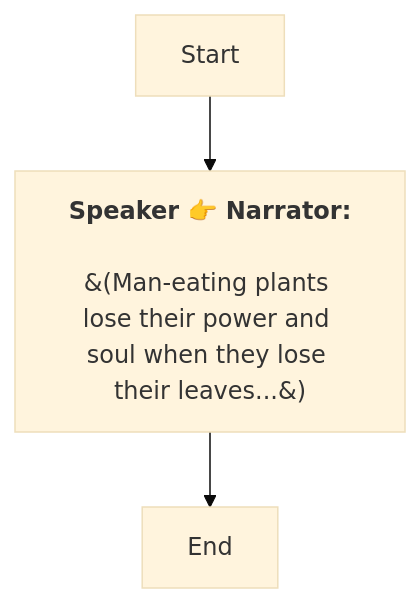
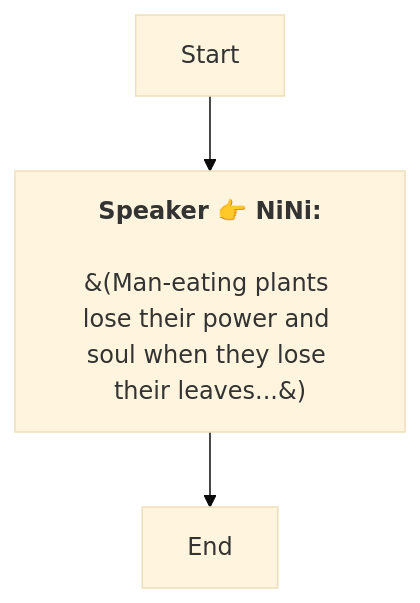
One commit to SoftHu/tos_avg changed the diagram in En/Dialog_55189495687270.md. Above: the diagram before and after it, drawn with Mermaid (base theme). The commit also changed 737 other files, not shown here.

````diff
--- a/En/Dialog_55189495687270.md
+++ b/En/Dialog_55189495687270.md
@@ -1,8 +1,7 @@
 ```mermaid
 graph
-Start -->1766064932543214[<b>Speaker 👉 Narrator:</b>
-
-&#40;Man-eating plants lose their power and soul when they lose their leaves...&#41;]
+Start -->1766064932543214[<b>Speaker 👉 NiNi:</b>
+\n&#40;Man-eating plants lose their power and soul when they lose their leaves...&#41;]
 1766064932543214 -->1766064972700399[End]
 
- ```
+```
````
